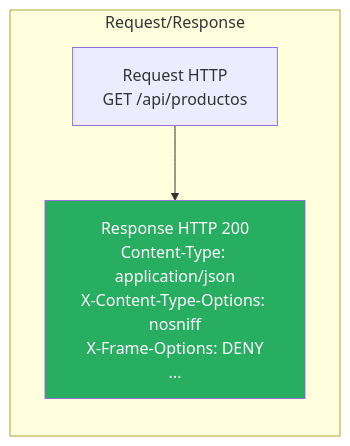
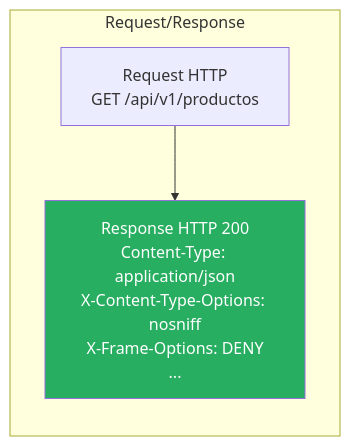
Before and after one commit to joseluisgs/TiendaDawApi-NetCore: the fifth of 16 diagrams in doc/17-seguridad-http.md, drawn with Mermaid. The commit also changed other lines of this file and 237 other files, not shown here.

````diff
--- a/doc/17-seguridad-http.md
+++ b/doc/17-seguridad-http.md
@@ -177,8 +177,8 @@
 ```mermaid
 flowchart LR
     subgraph "Request/Response"
-        REQ["Request HTTP<br/>GET /api/productos"] --> RESP["Response HTTP 200<br/>Content-Type: application/json<br/>X-Content-Type-Options: nosniff<br/>X-Frame-Options: DENY<br/>..."]
+        REQ["Request HTTP<br/>GET /api/v1/productos"] --> RESP["Response HTTP 200<br/>Content-Type: application/json<br/>X-Content-Type-Options: nosniff<br/>X-Frame-Options: DENY<br/>..."]
     end
     
     style RESP fill:#27ae60,color:#fff
 ```
````
